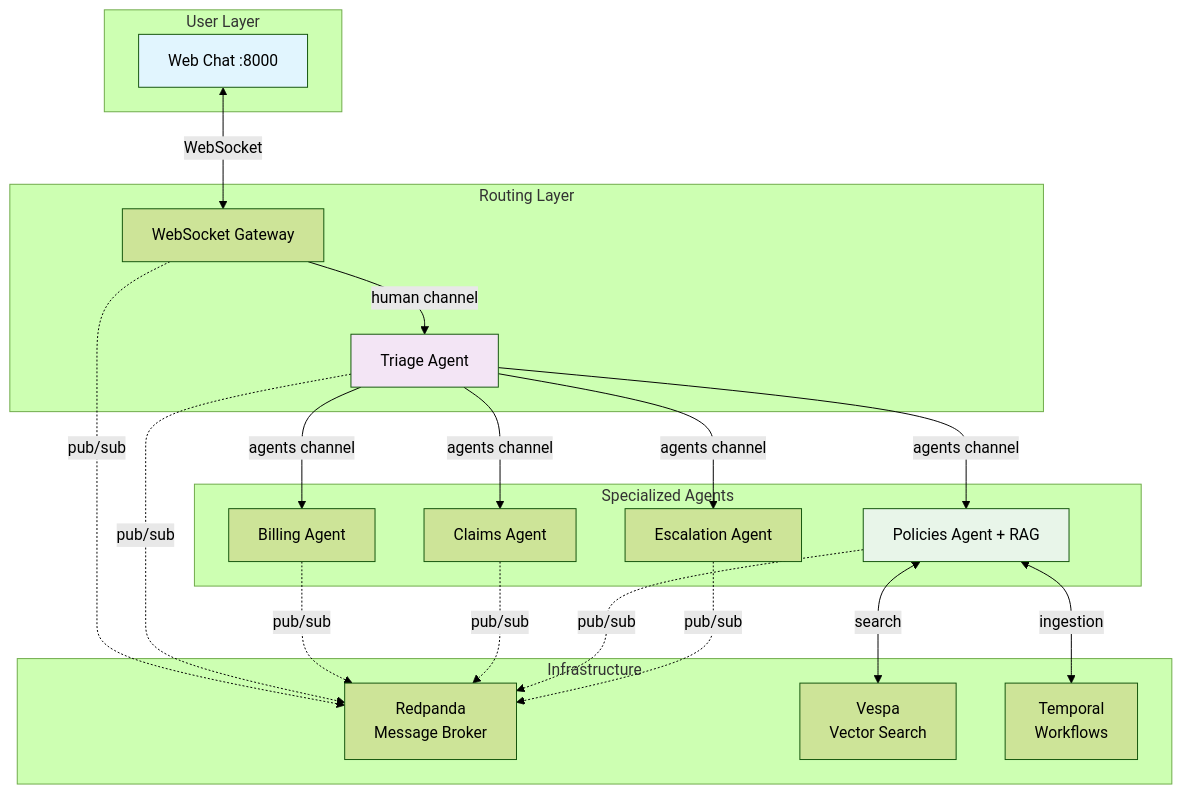
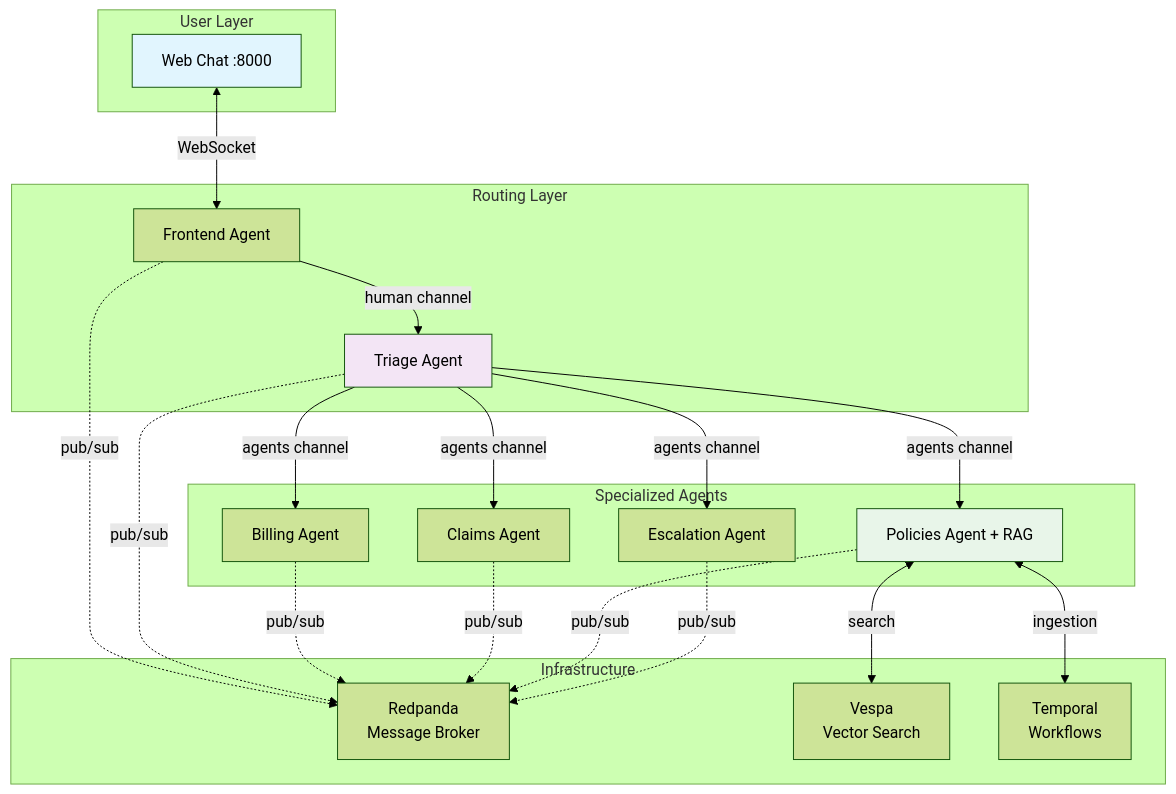
Before and after one commit to eggai-tech/eggai-demo: the diagram in docs/system-architecture.md, drawn with Mermaid (forest theme).

Commit message:
Rename WebSocket Gateway to Frontend Agent in architecture docs
Updated diagram label to match actual component naming.

````diff
--- a/docs/system-architecture.md
+++ b/docs/system-architecture.md
@@ -10,36 +10,36 @@
 ```mermaid
 graph TB
     subgraph "User Layer"
         UI[Web Chat :8000]
     end
     
     subgraph "Routing Layer"
-        WS[WebSocket Gateway]
+        WS[Frontend Agent]
         TR[Triage Agent]
     end
     
     subgraph "Specialized Agents"
         BI[Billing Agent]
         CL[Claims Agent]
         PO[Policies Agent + RAG]
         ES[Escalation Agent]
     end
     
     subgraph "Infrastructure"
         RP[Redpanda<br/>Message Broker]
         VE[Vespa<br/>Vector Search]
         TE[Temporal<br/>Workflows]
     end
     
     UI <-->|WebSocket| WS
     WS -->|human channel| TR
     TR -->|agents channel| BI & CL & PO & ES
     
     WS & TR & BI & CL & PO & ES -.->|pub/sub| RP
     PO <-->|search| VE
     PO <-->|ingestion| TE
 
     style UI fill:#e1f5fe
     style TR fill:#f3e5f5
     style PO fill:#e8f5e9
 ```
````
